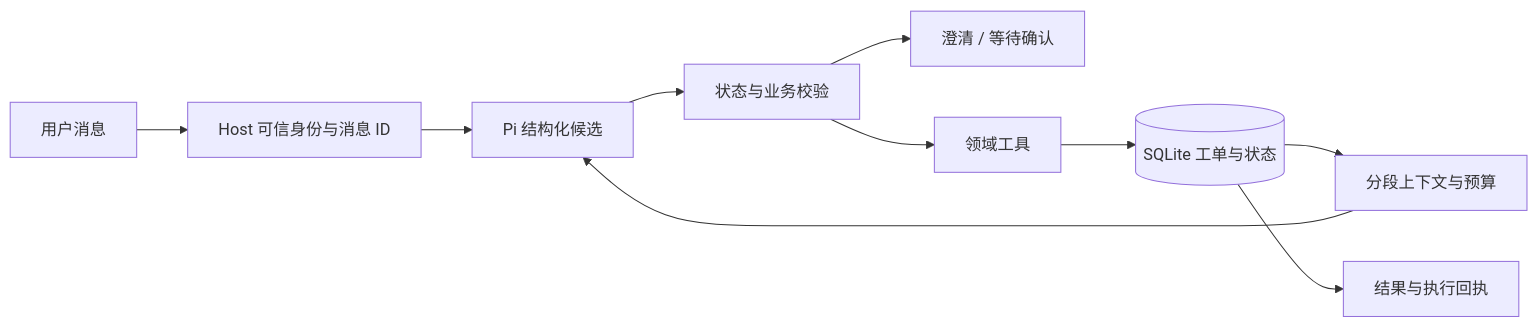
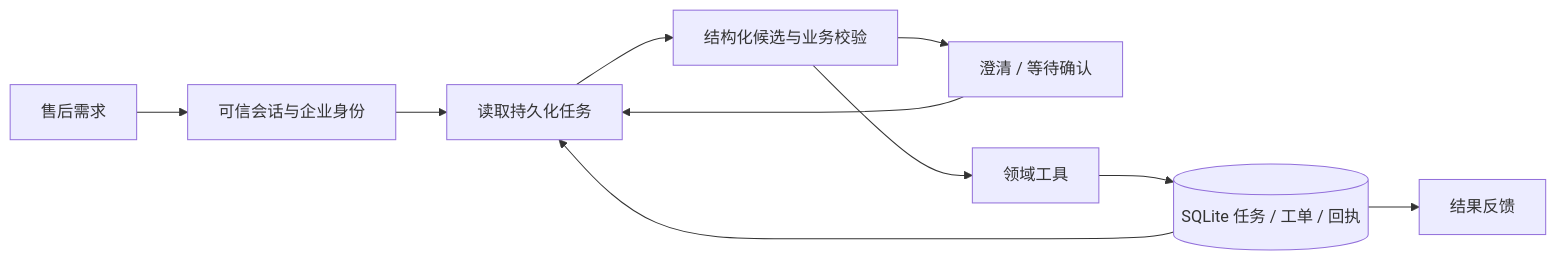
Before and after one commit to siye566/fengyun-service-agent: the diagram in README.md, drawn with Mermaid. The commit also changed other lines of this file and 6 other files, not shown here.

````diff
--- a/README.md
+++ b/README.md
@@ -96,12 +42,12 @@
 ```mermaid
 flowchart LR
-    U[用户消息] --> H[Host 可信身份与消息 ID]
-    H --> P[Pi 结构化候选]
-    C[分段上下文与预算] --> P
-    P --> G[状态与业务校验]
-    G --> Q[澄清 / 等待确认]
-    G --> T[领域工具]
-    T --> D[(SQLite 工单与状态)]
-    D --> C
-    D --> R[结果与执行回执]
+    U[售后需求] --> I[可信会话与企业身份]
+    I --> S[读取持久化任务]
+    S --> C[结构化候选与业务校验]
+    C --> Q[澄清 / 等待确认]
+    Q --> S
+    C --> T[领域工具]
+    T --> D[(SQLite 任务 / 工单 / 回执)]
+    D --> S
+    D --> R[结果反馈]
 ```
````
